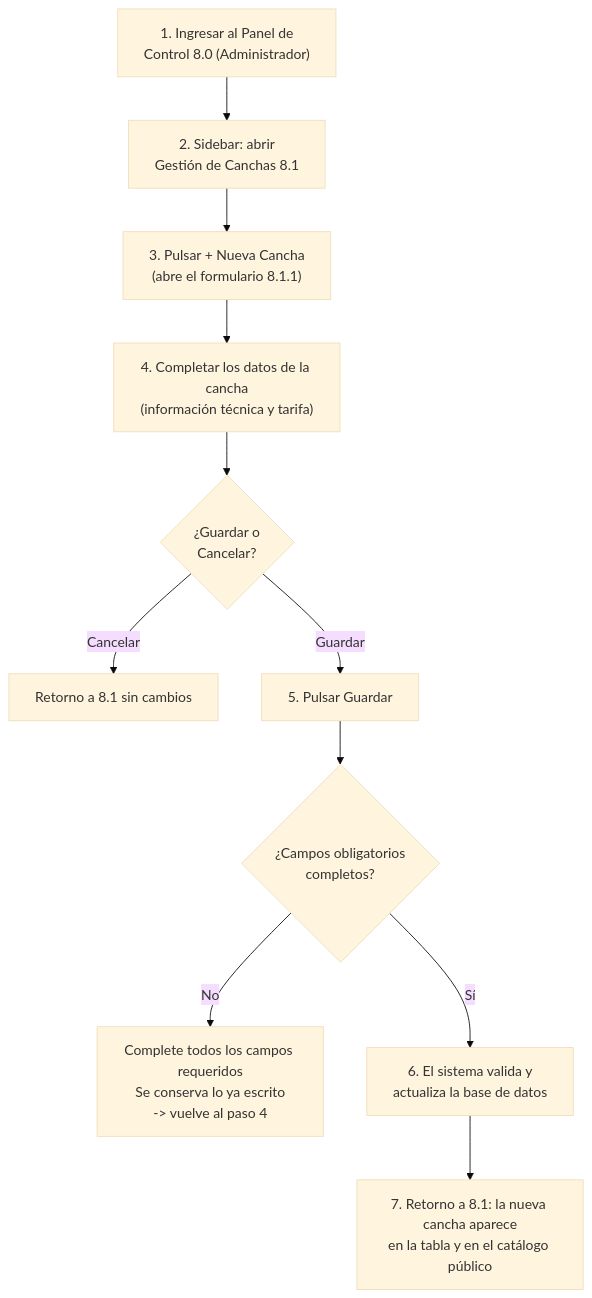
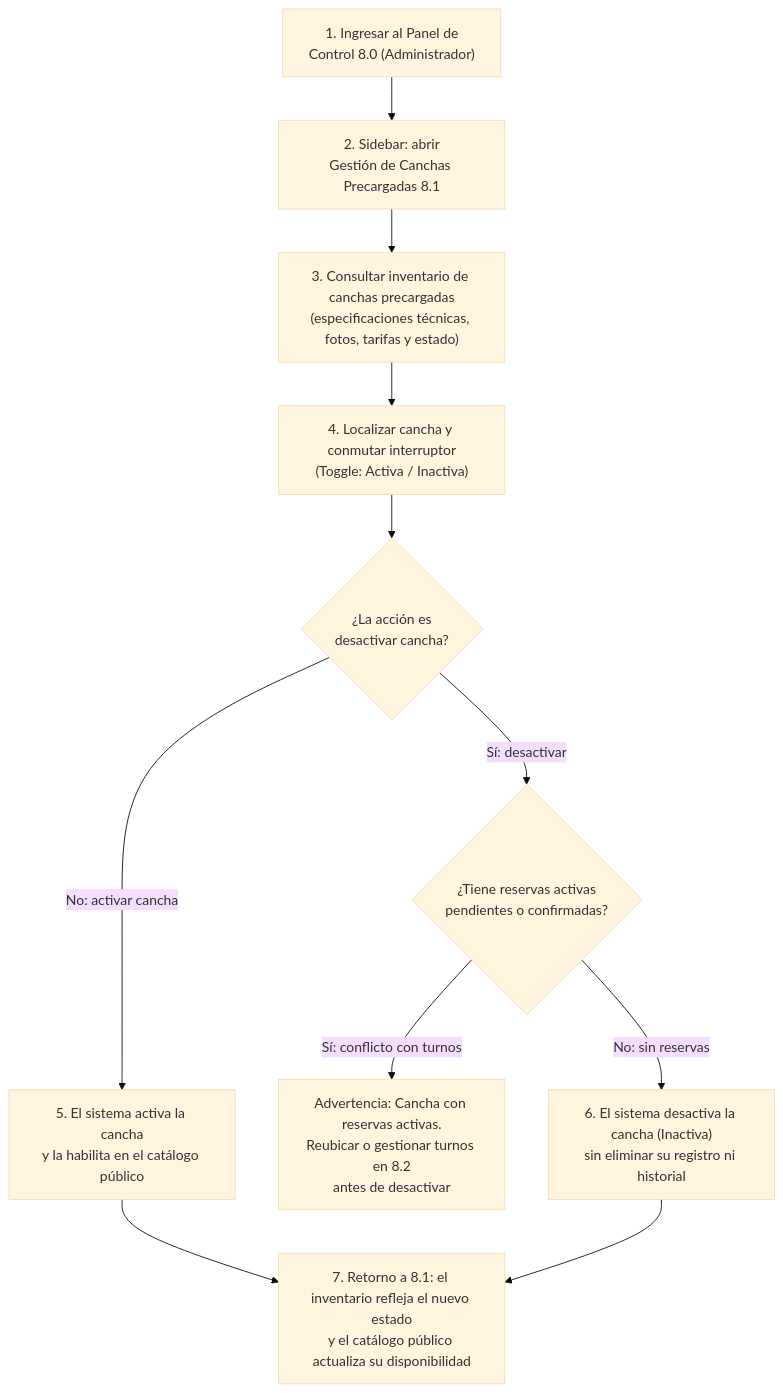
The ninth of 12 diagrams in README.md (WalterJoel18/Sw-para-reserva-de-canchas-e-instalaciones-deportivas), drawn with Mermaid (base theme) before and after one commit. The commit also changed other lines of this file, not shown here.

````diff
--- a/README.md
+++ b/README.md
@@ -1048,13 +1114,16 @@
 ```mermaid
 flowchart TD
-    P1["1. Ingresar al Panel de\nControl 8.0 (Administrador)"] --> P2["2. Sidebar: abrir\nGestión de Canchas 8.1"]
-    P2 --> P3["3. Pulsar + Nueva Cancha\n(abre el formulario 8.1.1)"]
-    P3 --> P4["4. Completar los datos de la cancha\n(información técnica y tarifa)"]
-    P4 --> D1{"¿Guardar o\nCancelar?"}
-    D1 -->|Cancelar| E1["Retorno a 8.1 sin cambios"]
-    D1 -->|Guardar| P5["5. Pulsar Guardar"]
-    P5 --> D2{"¿Campos obligatorios\ncompletos?"}
-    D2 -->|No| E2["Complete todos los campos requeridos\nSe conserva lo ya escrito\n-> vuelve al paso 4"]
-    D2 -->|Sí| P6["6. El sistema valida y\nactualiza la base de datos"]
-    P6 --> P7["7. Retorno a 8.1: la nueva cancha aparece\nen la tabla y en el catálogo público"]
+    P1["1. Ingresar al Panel de\nControl 8.0 (Administrador)"] --> P2["2. Sidebar: abrir\nGestión de Canchas Precargadas 8.1"]
+    P2 --> P3["3. Consultar inventario de canchas precargadas\n(especificaciones técnicas, fotos, tarifas y estado)"]
+    P3 --> P4["4. Localizar cancha y conmutar interruptor\n(Toggle: Activa / Inactiva)"]
+    P4 --> D1{"¿La acción es\ndesactivar cancha?"}
+    
+    D1 -->|No: activar cancha| P5["5. El sistema activa la cancha\ny la habilita en el catálogo público"]
+    D1 -->|Sí: desactivar| D2{"¿Tiene reservas activas\npendientes o confirmadas?"}
+    
+    D2 -->|Sí: conflicto con turnos| E1["Advertencia: Cancha con reservas activas.\nReubicar o gestionar turnos en 8.2\nantes de desactivar"]
+    D2 -->|No: sin reservas| P6["6. El sistema desactiva la cancha (Inactiva)\nsin eliminar su registro ni historial"]
+    
+    P5 --> P7["7. Retorno a 8.1: el inventario refleja el nuevo estado\ny el catálogo público actualiza su disponibilidad"]
+    P6 --> P7
 ```
````
